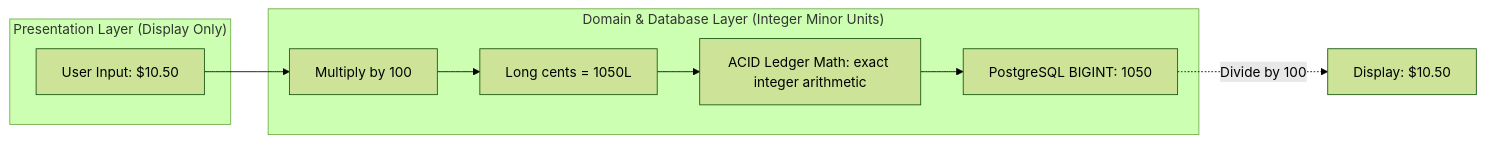
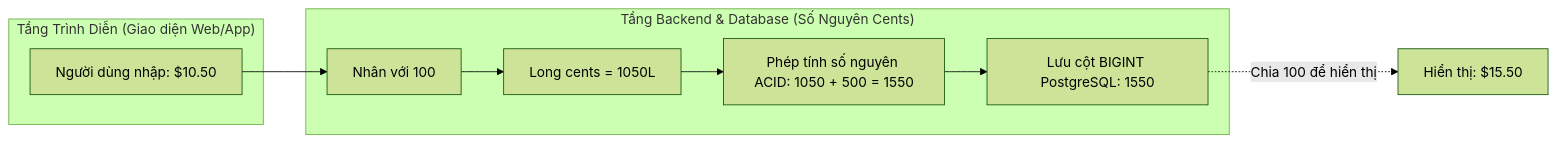
The first of 5 diagrams in docs/concepts/spring-boot-base.md (dducsw/mini-digital-wallet), drawn with Mermaid (forest theme) before and after one commit. The commit also changed other lines of this file and 147 other files, not shown here.

````diff
--- a/docs/concepts/spring-boot-base.md
+++ b/docs/concepts/spring-boot-base.md
@@ -27,13 +47,13 @@
 ```mermaid
 flowchart LR
-    subgraph UI["Presentation Layer (Display Only)"]
-        A["User Input: $10.50"]
+    subgraph UI["Tầng Trình Diễn (Giao diện Web/App)"]
+        A["Người dùng nhập: $10.50"]
     end
-    subgraph Core["Domain & Database Layer (Integer Minor Units)"]
-        B["Multiply by 100"] --> C["Long cents = 1050L"]
-        C --> D["ACID Ledger Math: exact integer arithmetic"]
-        D --> E["PostgreSQL BIGINT: 1050"]
+    subgraph Core["Tầng Backend & Database (Số Nguyên Cents)"]
+        B["Nhân với 100"] --> C["Long cents = 1050L"]
+        C --> D["Phép tính số nguyên ACID: 1050 + 500 = 1550"]
+        D --> E["Lưu cột BIGINT PostgreSQL: 1550"]
     end
     A --> B
-    E -.->|Divide by 100| F["Display: $10.50"]
+    E -.->|Chia 100 để hiển thị| F["Hiển thị: $15.50"]
 ```
````
